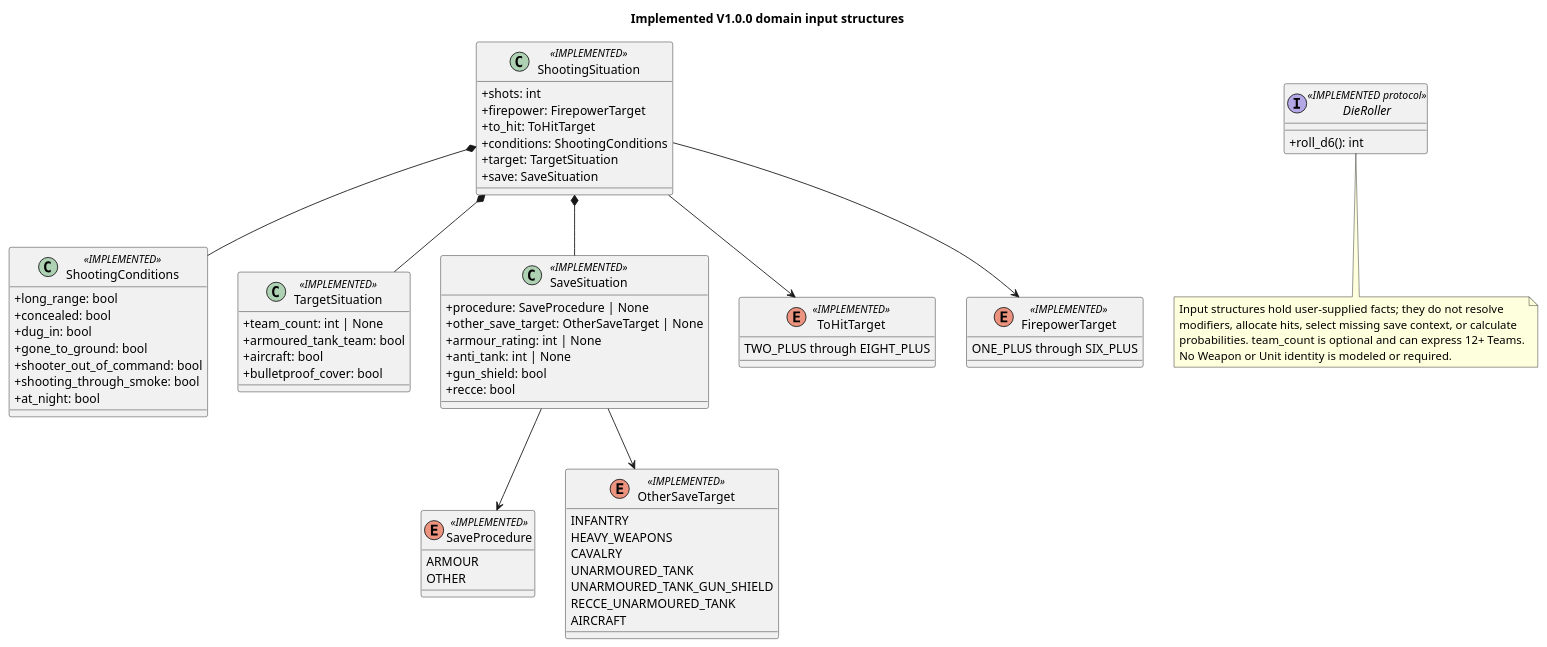
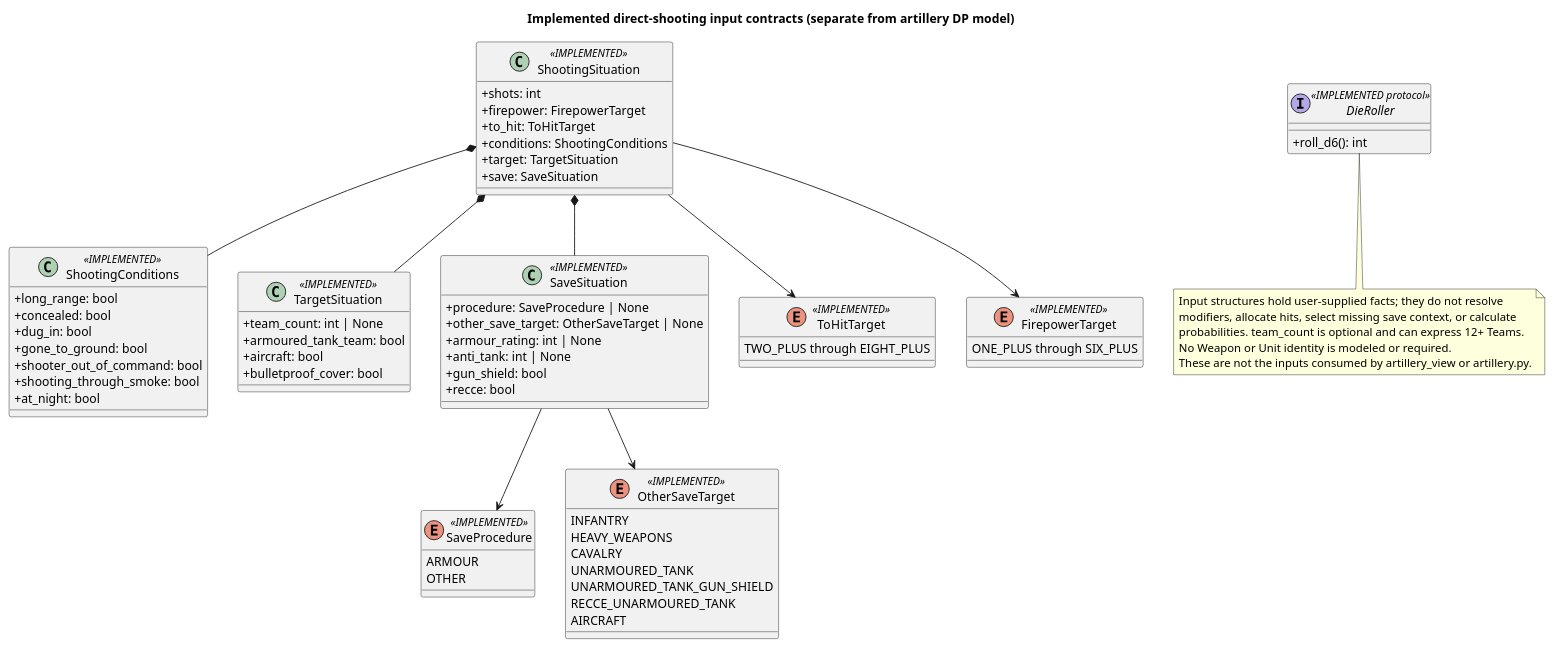
Before and after one commit to theflamio/flames_of_war_combat_calculator: the diagram in doc/uml/domain-model.puml, drawn with PlantUML. The commit also changed 13 other files, not shown here.

Commit message:
added artilly view model and controller

```diff
--- a/doc/uml/domain-model.puml
+++ b/doc/uml/domain-model.puml
@@ -1,73 +1,74 @@
 @startuml
-title Implemented V1.0.0 domain input structures
+title Implemented direct-shooting input contracts (separate from artillery DP model)
 skinparam classAttributeIconSize 0
 
 class ShootingSituation <<IMPLEMENTED>> {
   +shots: int
   +firepower: FirepowerTarget
   +to_hit: ToHitTarget
   +conditions: ShootingConditions
   +target: TargetSituation
   +save: SaveSituation
 }
 class ShootingConditions <<IMPLEMENTED>> {
   +long_range: bool
   +concealed: bool
   +dug_in: bool
   +gone_to_ground: bool
   +shooter_out_of_command: bool
   +shooting_through_smoke: bool
   +at_night: bool
 }
 class TargetSituation <<IMPLEMENTED>> {
   +team_count: int | None
   +armoured_tank_team: bool
   +aircraft: bool
   +bulletproof_cover: bool
 }
 class SaveSituation <<IMPLEMENTED>> {
   +procedure: SaveProcedure | None
   +other_save_target: OtherSaveTarget | None
   +armour_rating: int | None
   +anti_tank: int | None
   +gun_shield: bool
   +recce: bool
 }
 enum ToHitTarget <<IMPLEMENTED>> {
   TWO_PLUS through EIGHT_PLUS
 }
 enum FirepowerTarget <<IMPLEMENTED>> {
   ONE_PLUS through SIX_PLUS
 }
 enum SaveProcedure <<IMPLEMENTED>> {
   ARMOUR
   OTHER
 }
 enum OtherSaveTarget <<IMPLEMENTED>> {
   INFANTRY
   HEAVY_WEAPONS
   CAVALRY
   UNARMOURED_TANK
   UNARMOURED_TANK_GUN_SHIELD
   RECCE_UNARMOURED_TANK
   AIRCRAFT
 }
 interface DieRoller <<IMPLEMENTED protocol>> {
   +roll_d6(): int
 }
 
 ShootingSituation *-- ShootingConditions
 ShootingSituation *-- TargetSituation
 ShootingSituation *-- SaveSituation
 ShootingSituation --> ToHitTarget
 ShootingSituation --> FirepowerTarget
 SaveSituation --> SaveProcedure
 SaveSituation --> OtherSaveTarget
 
 note bottom
 Input structures hold user-supplied facts; they do not resolve
 modifiers, allocate hits, select missing save context, or calculate
 probabilities. team_count is optional and can express 12+ Teams.
 No Weapon or Unit identity is modeled or required.
+These are not the inputs consumed by artillery_view or artillery.py.
 end note
 @enduml
```
